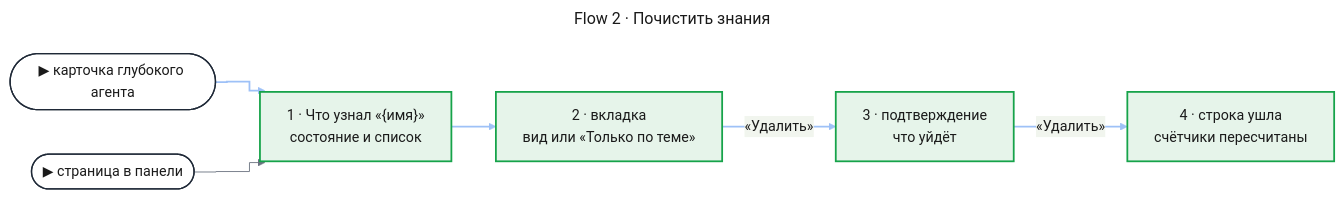
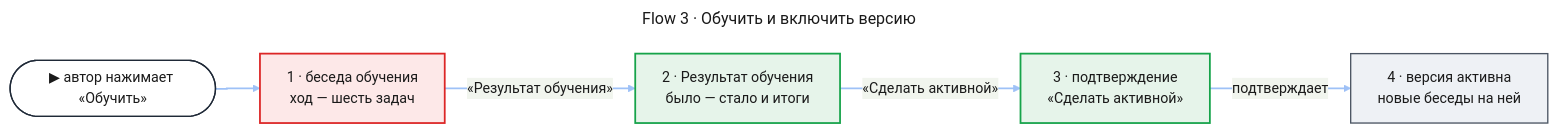
Before and after one commit to tundraray/agent-os: the second of 3 diagrams in docs/features/self-learning/uxrd.md, drawn with Mermaid. The commit also changed other lines of this file and 37 other files, not shown here.

````diff
--- a/docs/features/self-learning/uxrd.md
+++ b/docs/features/self-learning/uxrd.md
@@ -106,41 +109,43 @@
 ```mermaid
 ---
-title: "Flow 2 · Почистить знания"
+title: "Flow 3 · Обучить и включить версию"
 config:
   theme: base
   look: classic
   themeVariables:
     primaryColor: "#eef1f5"
     primaryBorderColor: "#4b5563"
     primaryTextColor: "#1a1a1a"
     lineColor: "#6b7280"
   flowchart:
     curve: step
   themeCSS: |
-    @keyframes litr_sl2{0%,22.5%{stroke:#1d4ed8;stroke-width:6px}25%,100%{stroke:#9ec1f7;stroke-width:2px}}
+    @keyframes litr_slf2{0%,22.5%{stroke:#1d4ed8;stroke-width:6px}25%,100%{stroke:#9ec1f7;stroke-width:2px}}
 ---
 flowchart LR
-    card(["▶ карточка глубокого агента"])
-    panel(["▶ страница в панели"])
-    screen["1 · Что узнал «{имя}»<br/>состояние и список"]
-    tab["2 · вкладка<br/>вид или «Только по теме»"]
-    confirm["3 · подтверждение<br/>что уйдёт"]
-    done["4 · строка ушла<br/>счётчики пересчитаны"]
-    card e1@--> screen
-    panel --> screen
-    screen e2@--> tab
-    tab e3@-->|"«Удалить»"| confirm
-    confirm e4@-->|"«Удалить»"| done
+    entry(["▶ автор нажимает «Обучить»"])
+    conv["1 · беседа обучения<br/>ход — шесть задач"]
+    result["2 · Результат обучения<br/>было — стало и итоги"]
+    dialog["3 · подтверждение<br/>«Сделать активной»"]
+    active["4 · версия активна<br/>новые беседы на ней"]
+    entry e1@--> conv
+    conv e2@-->|"«Результат обучения»"| result
+    result e3@-->|"«Сделать активной»"| dialog
+    dialog e4@-->|"подтверждает"| active
     classDef entry fill:#ffffff,stroke:#1f2937,stroke-width:1.5px,color:#1a1a1a
+    classDef changed fill:#fde8e8,stroke:#dc2626,stroke-width:2px,color:#1a1a1a
     classDef new fill:#e6f4ea,stroke:#16a34a,stroke-width:2px,color:#1a1a1a
-    classDef r1 stroke:#9ec1f7,stroke-width:2px,animation:litr_sl2 4.8s linear 0s infinite
-    classDef r2 stroke:#9ec1f7,stroke-width:2px,animation:litr_sl2 4.8s linear 1.2s infinite
-    classDef r3 stroke:#9ec1f7,stroke-width:2px,animation:litr_sl2 4.8s linear 2.4s infinite
-    classDef r4 stroke:#9ec1f7,stroke-width:2px,animation:litr_sl2 4.8s linear 3.6s infinite
-    class card,panel entry
-    class screen,tab,confirm,done new
+    classDef unchanged fill:#eef1f5,stroke:#4b5563,stroke-width:1.5px,color:#1a1a1a
+    classDef r1 stroke:#9ec1f7,stroke-width:2px,animation:litr_slf2 4.8s linear 0s infinite
+    classDef r2 stroke:#9ec1f7,stroke-width:2px,animation:litr_slf2 4.8s linear 1.2s infinite
+    classDef r3 stroke:#9ec1f7,stroke-width:2px,animation:litr_slf2 4.8s linear 2.4s infinite
+    classDef r4 stroke:#9ec1f7,stroke-width:2px,animation:litr_slf2 4.8s linear 3.6s infinite
+    class entry entry
+    class conv changed
+    class result,dialog new
+    class active unchanged
     class e1 r1
     class e2 r2
     class e3 r3
     class e4 r4
 ```
````
